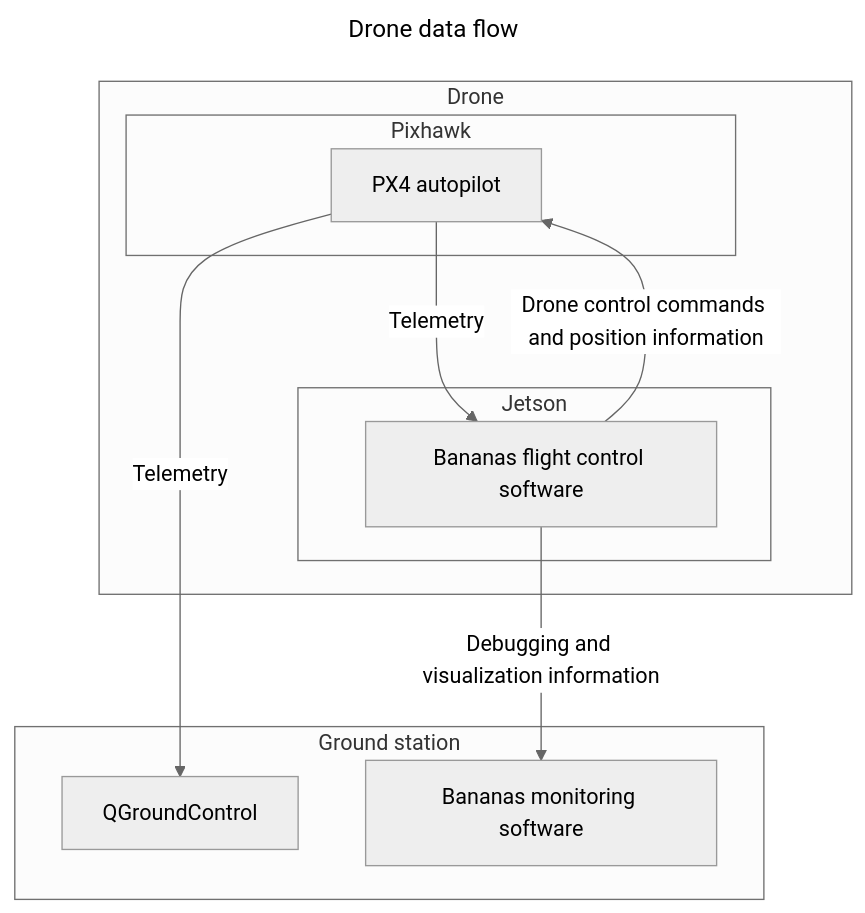
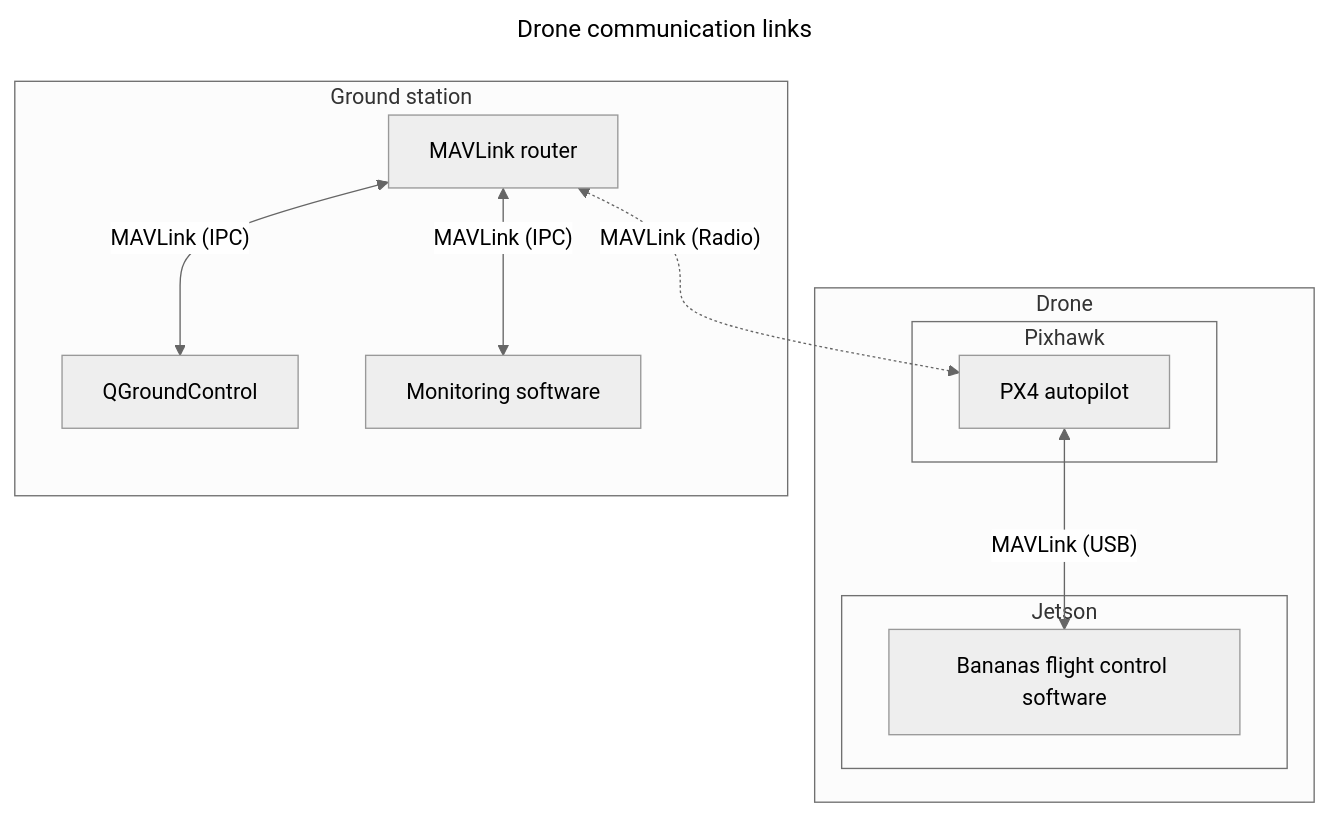
Before and after one commit to ttthi/bananas: the second of 3 diagrams in ARCHITECTURE.md, drawn with Mermaid (neutral theme). The commit also changed other lines of this file, not shown here.

Commit message:
Expand writing on drone architecture

````diff
--- a/ARCHITECTURE.md
+++ b/ARCHITECTURE.md
@@ -45,25 +101,26 @@
 ```mermaid
 ---
-title: Drone data flow
+title: Drone communication links
 ---
 flowchart TB
     subgraph Drone
         subgraph Pixhawk
             px4[PX4 autopilot]
         end
         subgraph Jetson
             control[Bananas flight control software]
         end
 
-        control-->|Drone control commands and position information|px4
-        px4-->|Telemetry|control
+        px4<-->|"MAVLink (USB)"|control
     end
 
     subgraph Ground station
+        proxy[MAVLink router]
         qgc[QGroundControl]
-        monitor[Bananas monitoring software]
+        monitor[Monitoring software]
+
+        proxy<-.->|"MAVLink (Radio)"|px4
+        proxy<-->|"MAVLink (IPC)"|qgc
+        proxy<-->|"MAVLink (IPC)"|monitor
     end
-
-    px4-->|Telemetry|qgc
-    control-->|Debugging and visualization information|monitor
 ```
````
